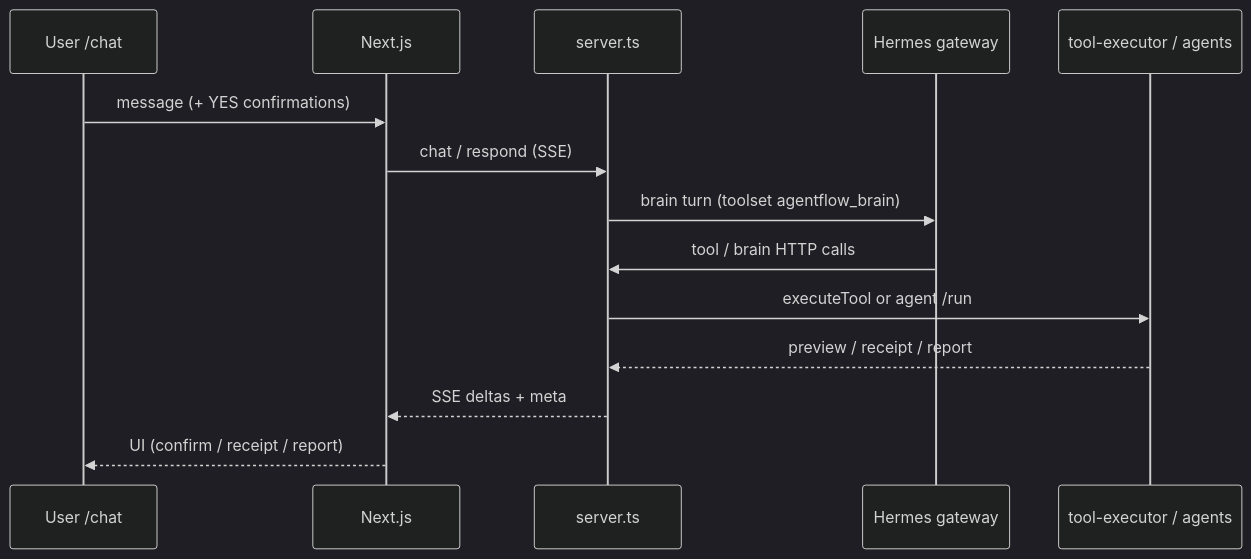
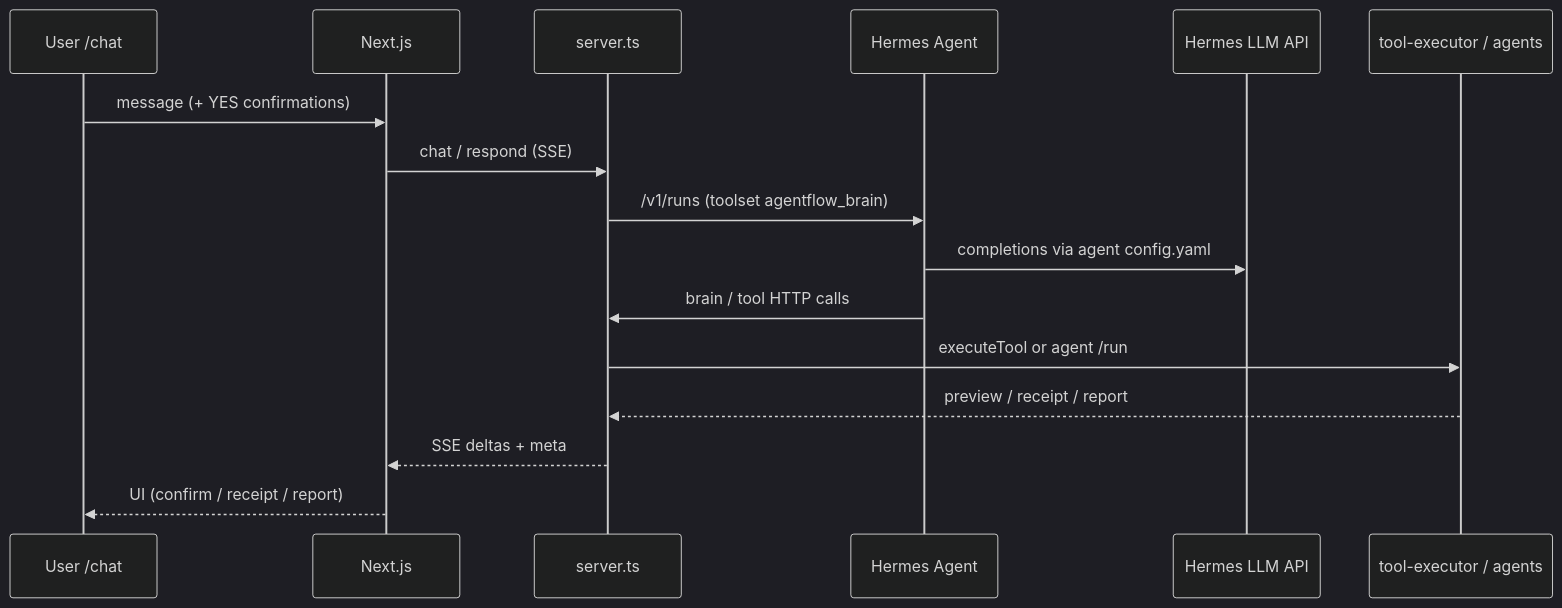
One commit to Snehal707/Agentflow changed the third of 4 diagrams in README.md. Above: the diagram before and after it, drawn with Mermaid (dark theme). The commit also changed other lines of this file, not shown here.

First line of the commit message:
Clarify Hermes Agent runtime vs Hermes LLM model layers.

````diff
--- a/README.md
+++ b/README.md
@@ -82,17 +109,19 @@
 ```mermaid
 sequenceDiagram
   participant U as User /chat
   participant FE as Next.js
   participant API as server.ts
-  participant HG as Hermes gateway
+  participant HA as Hermes Agent
+  participant LLM as Hermes LLM API
   participant TE as tool-executor / agents
 
   U->>FE: message (+ YES confirmations)
   FE->>API: chat / respond (SSE)
-  API->>HG: brain turn (toolset agentflow_brain)
-  HG->>API: tool / brain HTTP calls
+  API->>HA: /v1/runs (toolset agentflow_brain)
+  HA->>LLM: completions via agent config.yaml
+  HA->>API: brain / tool HTTP calls
   API->>TE: executeTool or agent /run
   TE-->>API: preview / receipt / report
   API-->>FE: SSE deltas + meta
   FE-->>U: UI (confirm / receipt / report)
 ```
````
